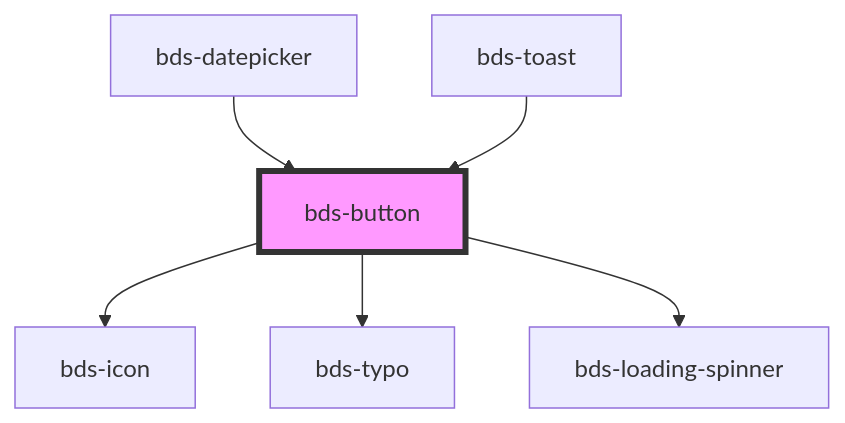
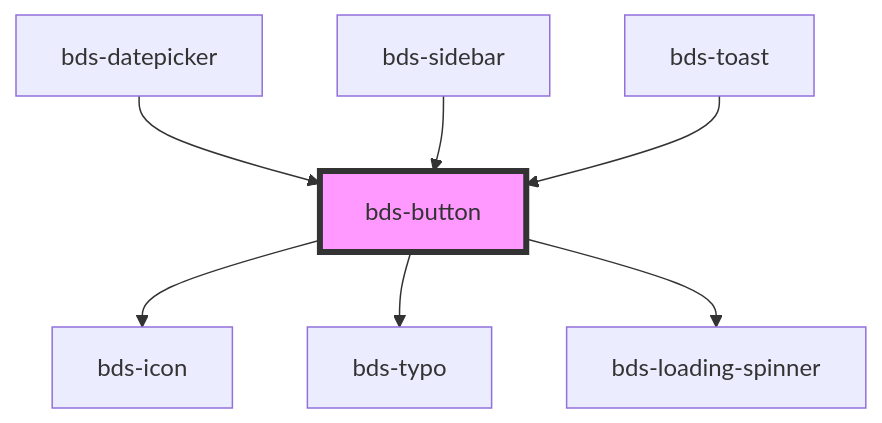
Before and after one commit to takenet/blip-ds: the diagram in src/components/button/readme.md, drawn with Mermaid. The commit also changed other lines of this file and 9 other files, not shown here.

````diff
--- a/src/components/button/readme.md
+++ b/src/components/button/readme.md
@@ -46,9 +47,10 @@
 ```mermaid
 graph TD;
   bds-button --> bds-icon
   bds-button --> bds-typo
   bds-button --> bds-loading-spinner
   bds-datepicker --> bds-button
+  bds-sidebar --> bds-button
   bds-toast --> bds-button
   style bds-button fill:#f9f,stroke:#333,stroke-width:4px
 ```
````
